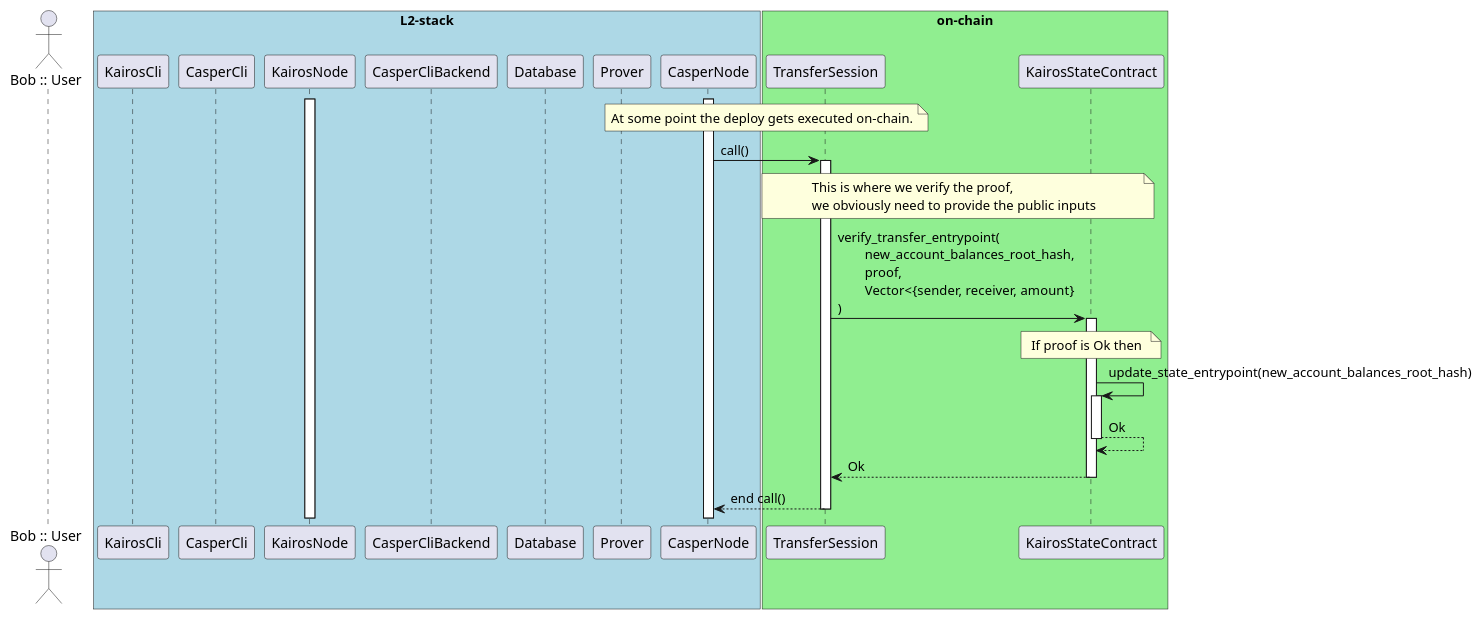
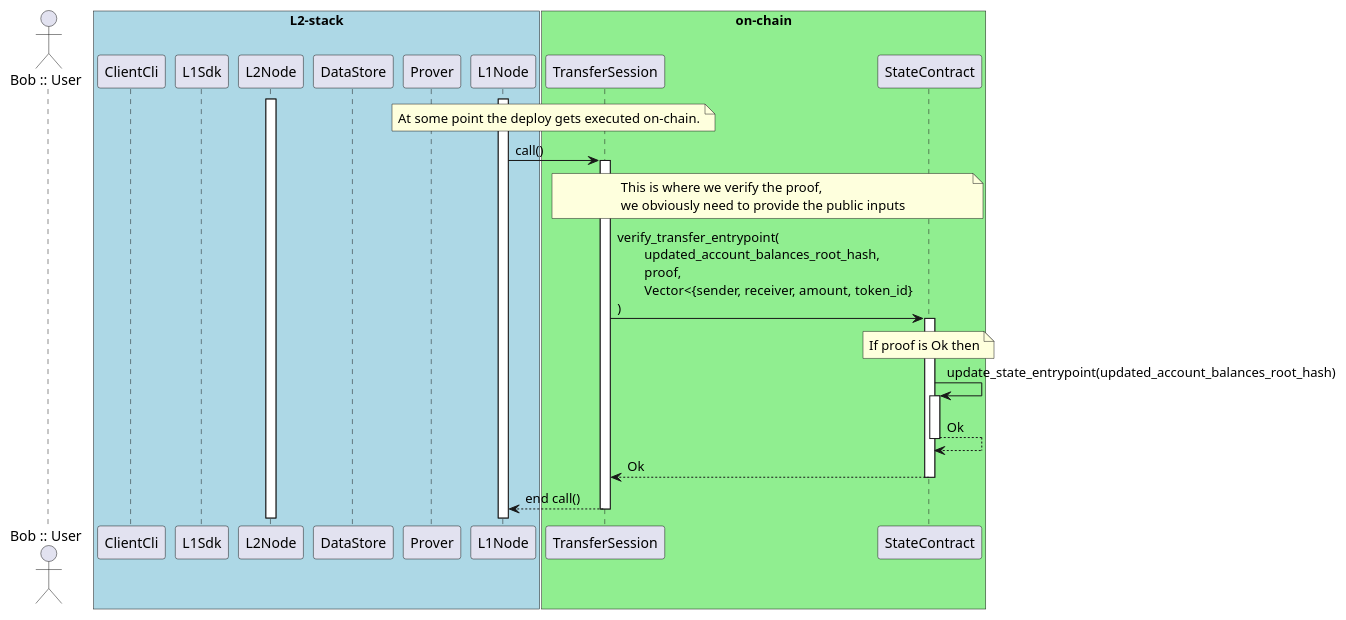
Before and after one commit to cspr-rad/kairos-spec: the diagram in diagrams/transfer_sequence_diagram_deploy_execution.puml, drawn with PlantUML. The commit also changed 6 other files, not shown here.

Commit message:
diagrams: update

```diff
--- a/diagrams/transfer_sequence_diagram_deploy_execution.puml
+++ b/diagrams/transfer_sequence_diagram_deploy_execution.puml
@@ -1,41 +1,40 @@
 @startuml
 autoactivate on
 actor "Bob :: User" as Bob
 box "L2-stack" #LightBlue
-participant KairosCli
-participant CasperCli
-participant KairosNode
-participant CasperCliBackend
-participant Database
+participant ClientCli
+participant L1Sdk
+participant L2Node
+participant DataStore
 participant Prover
-participant CasperNode
+participant L1Node
 end box
 box "on-chain" #LightGreen
 participant TransferSession
-participant KairosStateContract
+participant StateContract
 end box
 
-activate CasperNode
-activate KairosNode
+activate L1Node
+activate L2Node
 
-note over CasperNode, TransferSession
+note over L1Node, TransferSession
 At some point the deploy gets executed on-chain.
 end note
 
-CasperNode -> TransferSession: call()
+L1Node -> TransferSession: call()
 
-note over TransferSession, KairosStateContract
+note over TransferSession, StateContract
 This is where we verify the proof,
 we obviously need to provide the public inputs
 end note
 
-TransferSession -> KairosStateContract: verify_transfer_entrypoint(\n\tnew_account_balances_root_hash,\n\tproof,\n\tVector<{sender, receiver, amount}\n)
+TransferSession -> StateContract: verify_transfer_entrypoint(\n\tupdated_account_balances_root_hash,\n\tproof,\n\tVector<{sender, receiver, amount, token_id}\n)
 
-note over KairosStateContract, KairosStateContract
+note over StateContract, StateContract
 If proof is Ok then
 end note
-KairosStateContract -> KairosStateContract: update_state_entrypoint(new_account_balances_root_hash)
-KairosStateContract --> KairosStateContract: Ok
-KairosStateContract --> TransferSession: Ok 
-TransferSession --> CasperNode: end call()
+StateContract -> StateContract: update_state_entrypoint(updated_account_balances_root_hash)
+StateContract --> StateContract: Ok
+StateContract --> TransferSession: Ok 
+TransferSession --> L1Node: end call()
 @enduml
```
